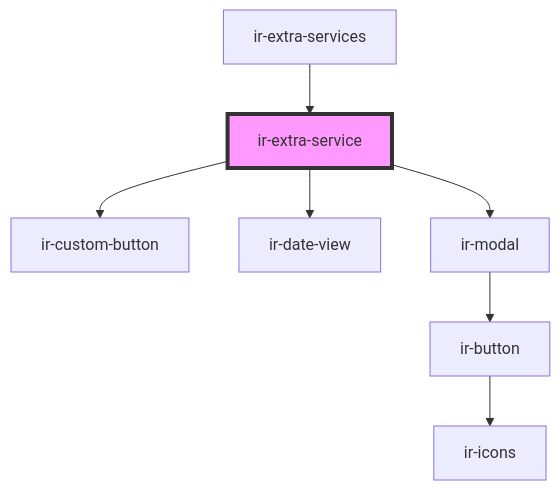
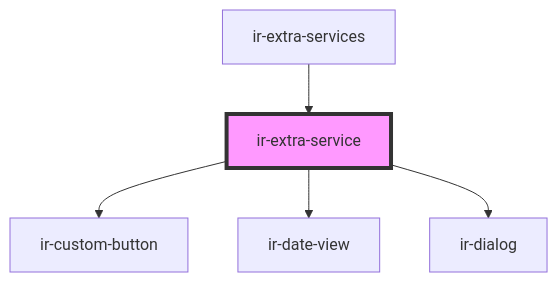
Before and after one commit to RonyRizk/ir-webcmp: the diagram in src/components/ir-booking-details/ir-extra-services/ir-extra-service/readme.md, drawn with Mermaid. The commit also changed other lines of this file and 433 other files, not shown here.

````diff
--- a/src/components/ir-booking-details/ir-extra-services/ir-extra-service/readme.md
+++ b/src/components/ir-booking-details/ir-extra-services/ir-extra-service/readme.md
@@ -38,10 +38,8 @@
 ```mermaid
 graph TD;
   ir-extra-service --> ir-custom-button
   ir-extra-service --> ir-date-view
-  ir-extra-service --> ir-modal
-  ir-modal --> ir-button
-  ir-button --> ir-icons
+  ir-extra-service --> ir-dialog
   ir-extra-services --> ir-extra-service
   style ir-extra-service fill:#f9f,stroke:#333,stroke-width:4px
 ```
````
